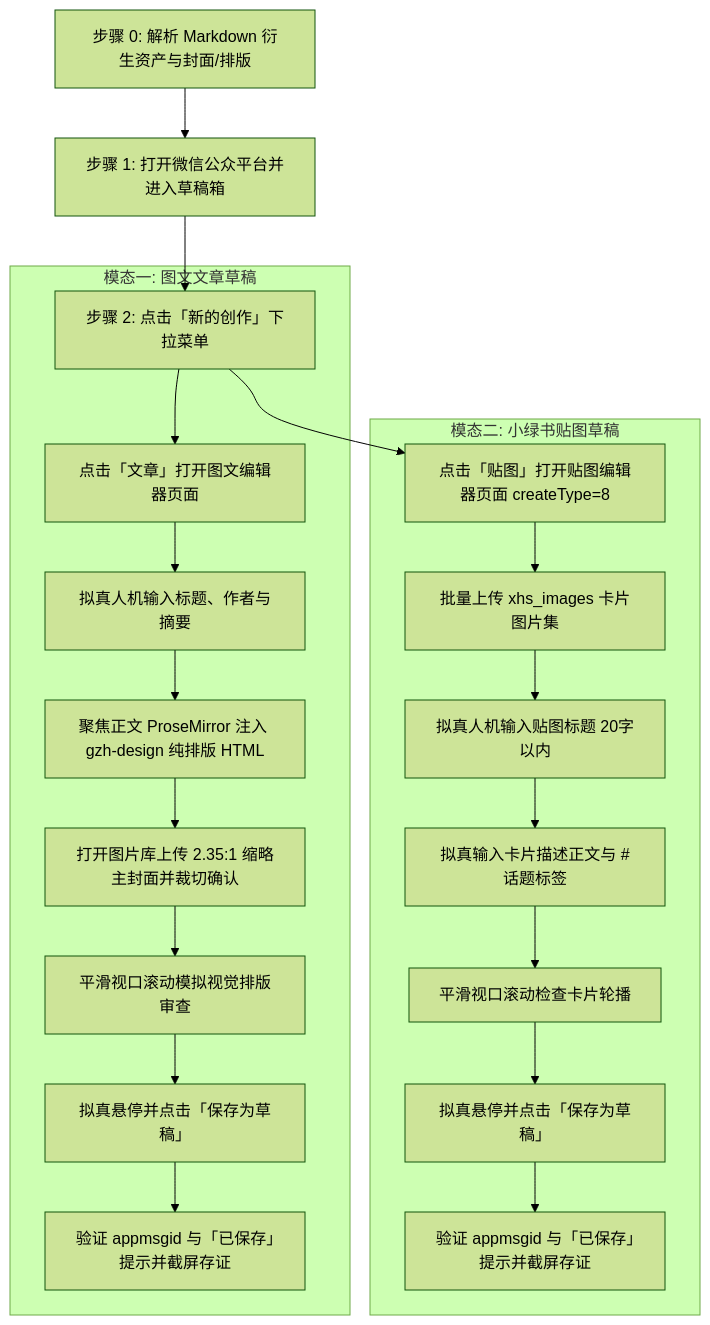
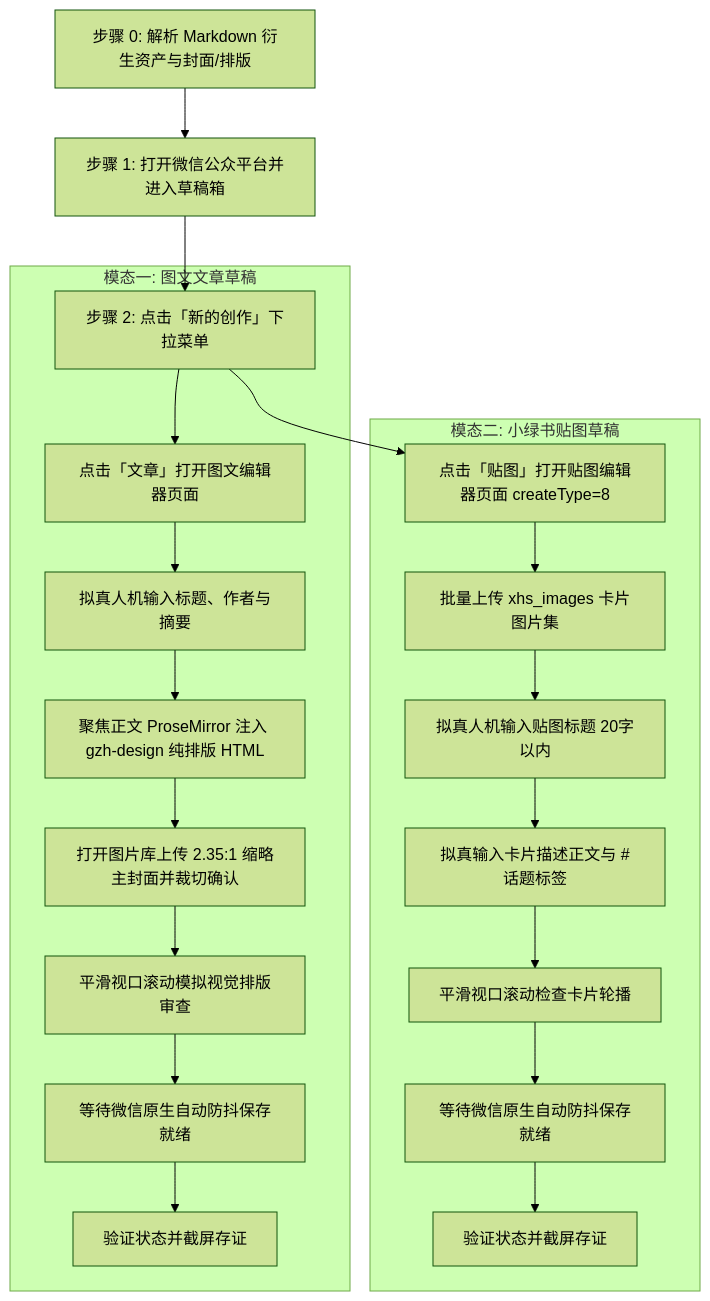
Before and after one commit to undsky/doudou-publish-skills: the diagram in skills/doudou-weixin/SKILL.md, drawn with Mermaid (forest theme). The commit also changed other lines of this file and 24 other files, not shown here.

````diff
--- a/skills/doudou-weixin/SKILL.md
+++ b/skills/doudou-weixin/SKILL.md
@@ -113,25 +113,25 @@
 ```mermaid
 flowchart TD
     S0[步骤 0: 解析 Markdown 衍生资产与封面/排版] --> S1[步骤 1: 打开微信公众平台并进入草稿箱]
     S1 --> S2[步骤 2: 点击「新的创作」下拉菜单]
 
     subgraph 模态一: 图文文章草稿
         S2 --> A1[点击「文章」打开图文编辑器页面]
         A1 --> A2[拟真人机输入标题、作者与摘要]
         A2 --> A3[聚焦正文 ProseMirror 注入 gzh-design 纯排版 HTML]
         A3 --> A4[打开图片库上传 2.35:1 缩略主封面并裁切确认]
         A4 --> A5[平滑视口滚动模拟视觉排版审查]
-        A5 --> A6[拟真悬停并点击「保存为草稿」]
-        A6 --> A7[验证 appmsgid 与「已保存」提示并截屏存证]
+        A5 --> A6[等待微信原生自动防抖保存就绪]
+        A6 --> A7[验证状态并截屏存证]
     end
 
     subgraph 模态二: 小绿书贴图草稿
         S2 --> B1[点击「贴图」打开贴图编辑器页面 createType=8]
         B1 --> B2[批量上传 xhs_images 卡片图片集]
         B2 --> B3[拟真人机输入贴图标题 20字以内]
         B3 --> B4[拟真输入卡片描述正文与 #话题标签]
         B4 --> B5[平滑视口滚动检查卡片轮播]
-        B5 --> B6[拟真悬停并点击「保存为草稿」]
-        B6 --> B7[验证 appmsgid 与「已保存」提示并截屏存证]
+        B5 --> B6[等待微信原生自动防抖保存就绪]
+        B6 --> B7[验证状态并截屏存证]
     end
 ```
````
